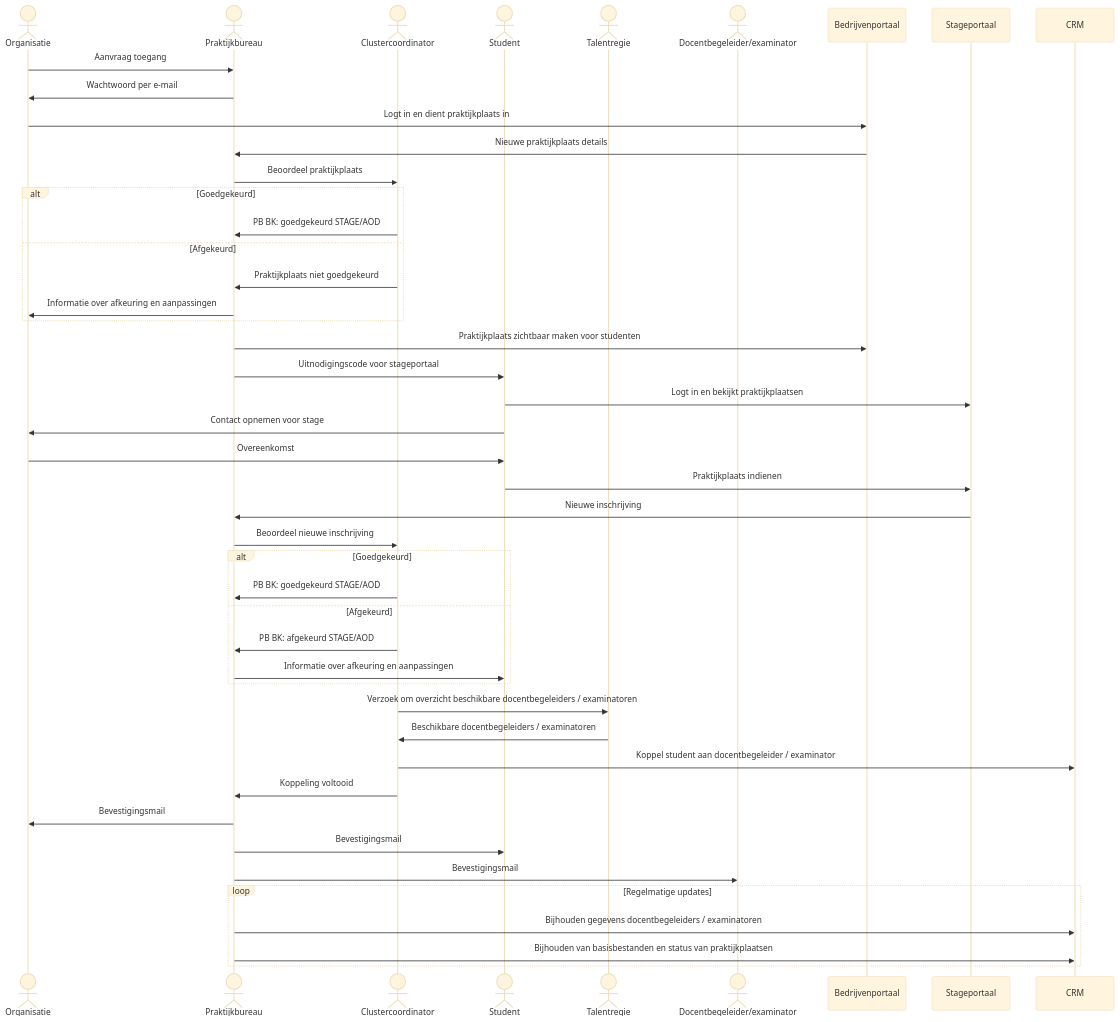
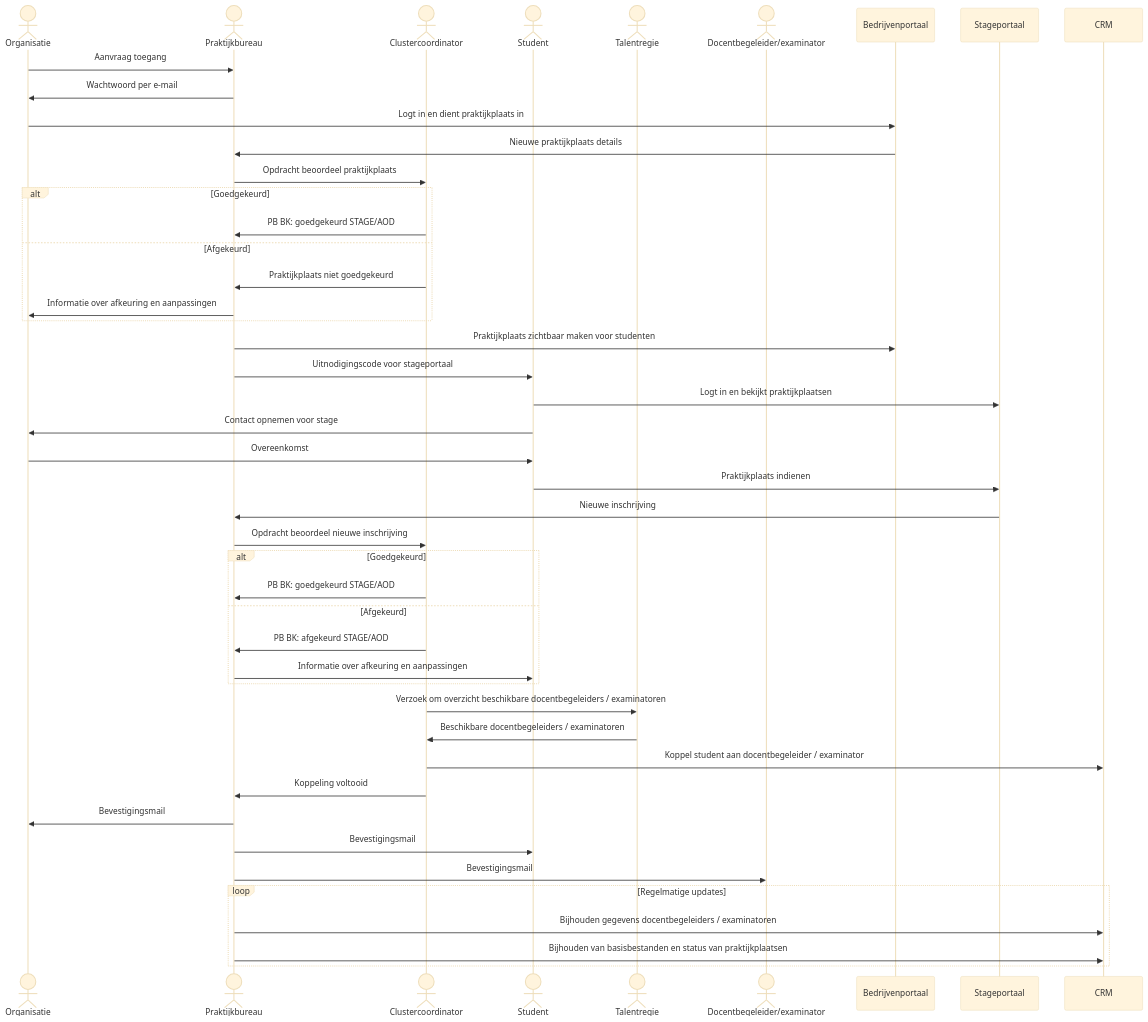
The diagram in workflow.qmd (hanbedrijfskunde/praktijkworkflow), drawn with Mermaid (base theme) before and after one commit. The commit also changed other lines of this file and 1 other file, not shown here.

````diff
--- a/workflow.qmd
+++ b/workflow.qmd
@@ -150,57 +150,57 @@
 ```{mermaid}
 
 sequenceDiagram
   actor Organisatie
   actor Praktijkbureau
   actor Clustercoordinator
   actor Student
   actor Talentregie
   actor Docentbegeleider/examinator
 
   %% Fase 1: Toegang & Indienen
   Organisatie->>Praktijkbureau: Aanvraag toegang
   Praktijkbureau->>Organisatie: Wachtwoord per e-mail
   Organisatie->>Bedrijvenportaal: Logt in en dient praktijkplaats in
   Bedrijvenportaal->>Praktijkbureau: Nieuwe praktijkplaats details
   
   %% Fase 2: Beoordelen & Verwerken
-  Praktijkbureau->>Clustercoordinator: Beoordeel praktijkplaats
+  Praktijkbureau->>Clustercoordinator: Opdracht beoordeel praktijkplaats
   alt Goedgekeurd
     Clustercoordinator->>Praktijkbureau: PB BK: goedgekeurd STAGE/AOD
   else Afgekeurd
     Clustercoordinator->>Praktijkbureau: Praktijkplaats niet goedgekeurd
     Praktijkbureau->>Organisatie: Informatie over afkeuring en aanpassingen
   end
   Praktijkbureau->>Bedrijvenportaal: Praktijkplaats zichtbaar maken voor studenten
 
   %% Fase 3: Inschrijvingen & Goedkeuring
   Praktijkbureau->>Student: Uitnodigingscode voor stageportaal
   Student->>Stageportaal: Logt in en bekijkt praktijkplaatsen
   Student->>Organisatie: Contact opnemen voor stage
   Organisatie->>Student: Overeenkomst
   Student->>Stageportaal: Praktijkplaats indienen
   Stageportaal->>Praktijkbureau: Nieuwe inschrijving
-  Praktijkbureau->>Clustercoordinator: Beoordeel nieuwe inschrijving
+  Praktijkbureau->>Clustercoordinator: Opdracht beoordeel nieuwe inschrijving
   alt Goedgekeurd
     Clustercoordinator->>Praktijkbureau: PB BK: goedgekeurd STAGE/AOD
   else Afgekeurd
     Clustercoordinator->>Praktijkbureau: PB BK: afgekeurd STAGE/AOD
     Praktijkbureau->>Student: Informatie over afkeuring en aanpassingen
   end
 
   %% Fase 4: Inzet begeleiding
   Clustercoordinator->>Talentregie: Verzoek om overzicht beschikbare docentbegeleiders / examinatoren
   Talentregie->>Clustercoordinator: Beschikbare docentbegeleiders / examinatoren
   Clustercoordinator->>CRM: Koppel student aan docentbegeleider / examinator
   Clustercoordinator->>Praktijkbureau: Koppeling voltooid
   Praktijkbureau->>Organisatie: Bevestigingsmail
   Praktijkbureau->>Student: Bevestigingsmail
   Praktijkbureau->>Docentbegeleider/examinator: Bevestigingsmail
 
   %% Fase 5: Overzicht en Onderhoud
   loop Regelmatige updates
     Praktijkbureau->>CRM: Bijhouden gegevens docentbegeleiders / examinatoren
     Praktijkbureau->>CRM: Bijhouden van basisbestanden en status van praktijkplaatsen
   end
 
 ```
````
